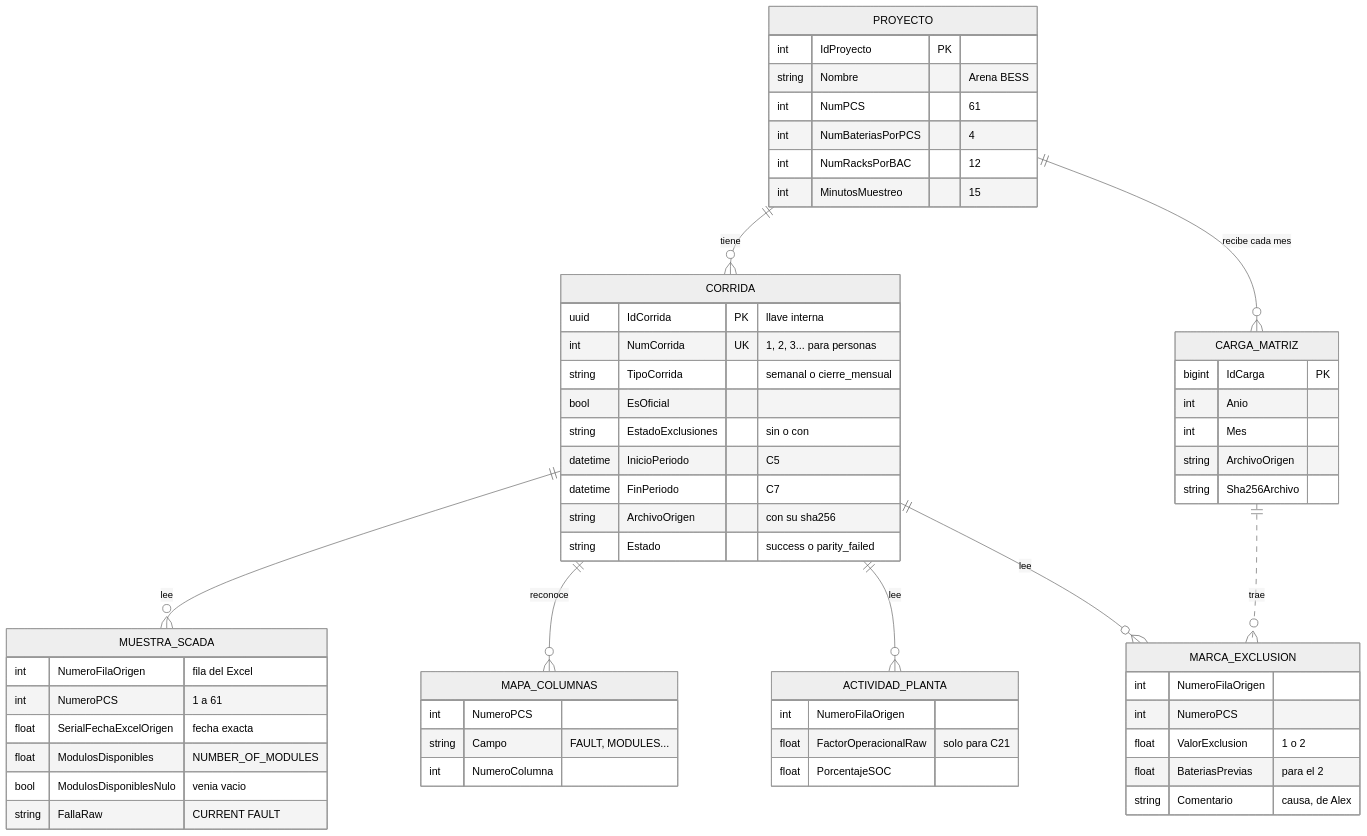
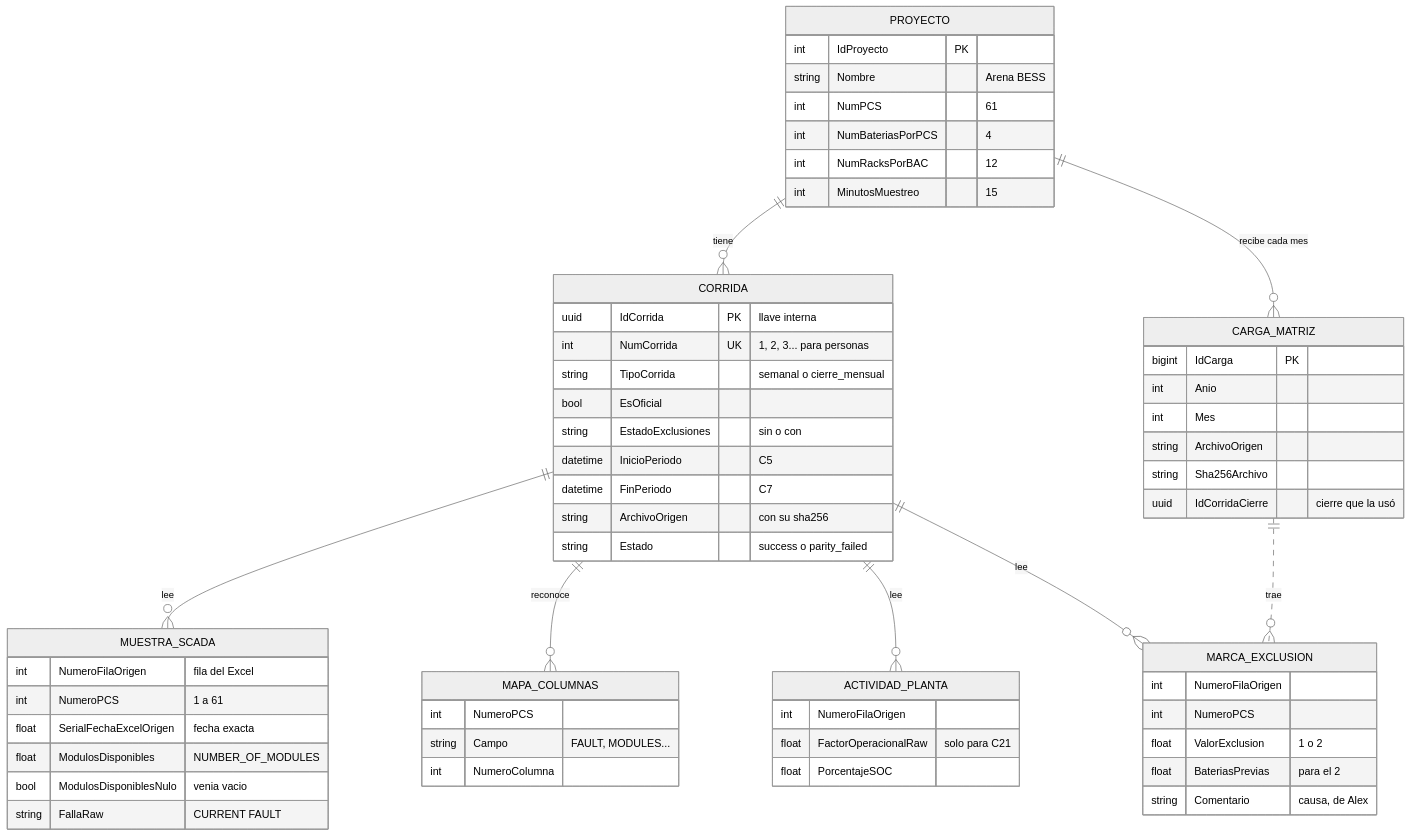
The third of 6 diagrams in docs/modelo-datos.md (franciscobarrientoscaceres/ETL_Arena), drawn with Mermaid before and after one commit. The commit also changed other lines of this file and 9 other files, not shown here.

````diff
--- a/docs/modelo-datos.md
+++ b/docs/modelo-datos.md
@@ -140,63 +140,64 @@
 ```mermaid
 %%{init: {'theme':'neutral'}}%%
 erDiagram
     PROYECTO ||--o{ CORRIDA : "tiene"
     PROYECTO ||--o{ CARGA_MATRIZ : "recibe cada mes"
     CORRIDA ||--o{ MUESTRA_SCADA : "lee"
     CORRIDA ||--o{ MAPA_COLUMNAS : "reconoce"
     CORRIDA ||--o{ ACTIVIDAD_PLANTA : "lee"
     CORRIDA ||--o{ MARCA_EXCLUSION : "lee"
     CARGA_MATRIZ ||..o{ MARCA_EXCLUSION : "trae"
 
     PROYECTO {
         int IdProyecto PK
         string Nombre "Arena BESS"
         int NumPCS "61"
         int NumBateriasPorPCS "4"
         int NumRacksPorBAC "12"
         int MinutosMuestreo "15"
     }
     CORRIDA {
         uuid IdCorrida PK "llave interna"
         int NumCorrida UK "1, 2, 3... para personas"
         string TipoCorrida "semanal o cierre_mensual"
         bool EsOficial
         string EstadoExclusiones "sin o con"
         datetime InicioPeriodo "C5"
         datetime FinPeriodo "C7"
         string ArchivoOrigen "con su sha256"
         string Estado "success o parity_failed"
     }
     MUESTRA_SCADA {
         int NumeroFilaOrigen "fila del Excel"
         int NumeroPCS "1 a 61"
         float SerialFechaExcelOrigen "fecha exacta"
         float ModulosDisponibles "NUMBER_OF_MODULES"
         bool ModulosDisponiblesNulo "venia vacio"
         string FallaRaw "CURRENT FAULT"
     }
     MAPA_COLUMNAS {
         int NumeroPCS
         string Campo "FAULT, MODULES..."
         int NumeroColumna
     }
     ACTIVIDAD_PLANTA {
         int NumeroFilaOrigen
         float FactorOperacionalRaw "solo para C21"
         float PorcentajeSOC
     }
     MARCA_EXCLUSION {
         int NumeroFilaOrigen
         int NumeroPCS
         float ValorExclusion "1 o 2"
         float BateriasPrevias "para el 2"
         string Comentario "causa, de Alex"
     }
     CARGA_MATRIZ {
         bigint IdCarga PK
         int Anio
         int Mes
         string ArchivoOrigen
         string Sha256Archivo
+        uuid IdCorridaCierre "cierre que la usó"
     }
 ```
````
